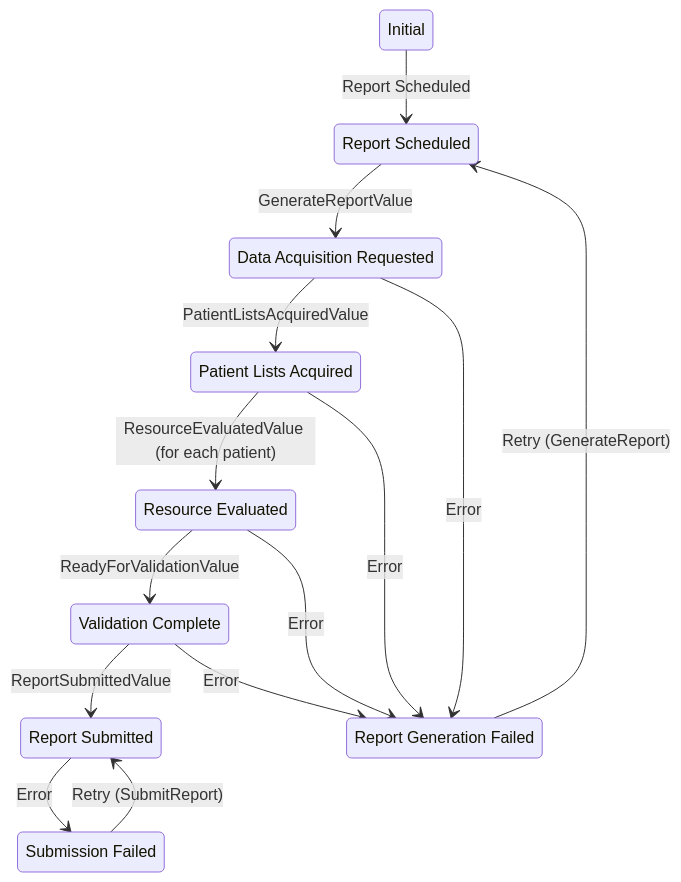
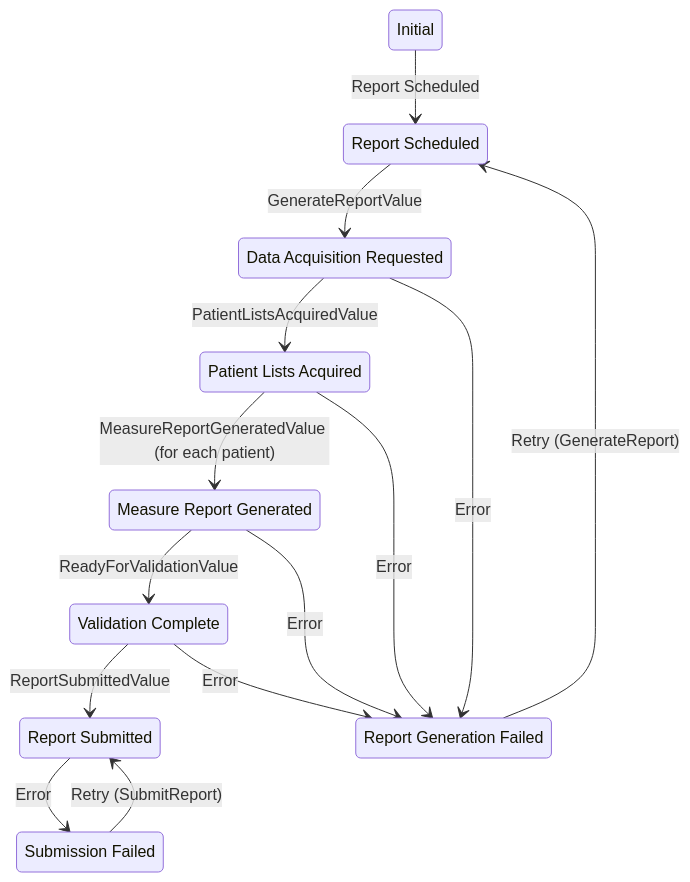
Before and after one commit to lantanagroup/link-cloud: the diagram in docs/docs/domains/Report/0.2.0.md, drawn with Mermaid. The commit also changed 153 other files, not shown here.

First line of the commit message:
LNK-4548: Report/Measure Eval Azure Blob Storage Optimizations. LNK-3726: Soft Delete Reports and Tenants (#1412)

````diff
--- a/docs/docs/domains/Report/0.2.0.md
+++ b/docs/docs/domains/Report/0.2.0.md
@@ -51,29 +51,29 @@
 ```mermaid
 stateDiagram-v2
 state "Report Scheduled" as ReportScheduled
 state "Data Acquisition Requested" as DataAcquisitionRequested
 state "Patient Lists Acquired" as PatientListsAcquired
-state "Resource Evaluated" as ResourceEvaluated
+state "Measure Report Generated" as MeasureReportGenerated
 state "Validation Complete" as ValidationComplete
 state "Report Submitted" as ReportSubmitted
 state "Report Generation Failed" as ReportGenerationFailed
 state "Submission Failed" as SubmissionFailed
 
 ReportScheduled --> DataAcquisitionRequested : GenerateReportValue
 DataAcquisitionRequested --> PatientListsAcquired : PatientListsAcquiredValue
-PatientListsAcquired --> ResourceEvaluated : ResourceEvaluatedValue (for each patient)
-ResourceEvaluated --> ValidationComplete : ReadyForValidationValue
+PatientListsAcquired --> MeasureReportGenerated : MeasureReportGeneratedValue (for each patient)
+MeasureReportGenerated --> ValidationComplete : ReadyForValidationValue
 ValidationComplete --> ReportSubmitted : ReportSubmittedValue
 
 DataAcquisitionRequested --> ReportGenerationFailed : Error
 PatientListsAcquired --> ReportGenerationFailed : Error
-ResourceEvaluated --> ReportGenerationFailed : Error
+MeasureReportGenerated --> ReportGenerationFailed : Error
 ValidationComplete --> ReportGenerationFailed : Error
 ReportSubmitted --> SubmissionFailed : Error
 
 ReportGenerationFailed --> ReportScheduled : Retry (GenerateReport)
 SubmissionFailed --> ReportSubmitted : Retry (SubmitReport)
 
 state "Initial" as Initial
 Initial --> ReportScheduled : Report Scheduled
 ```
````
